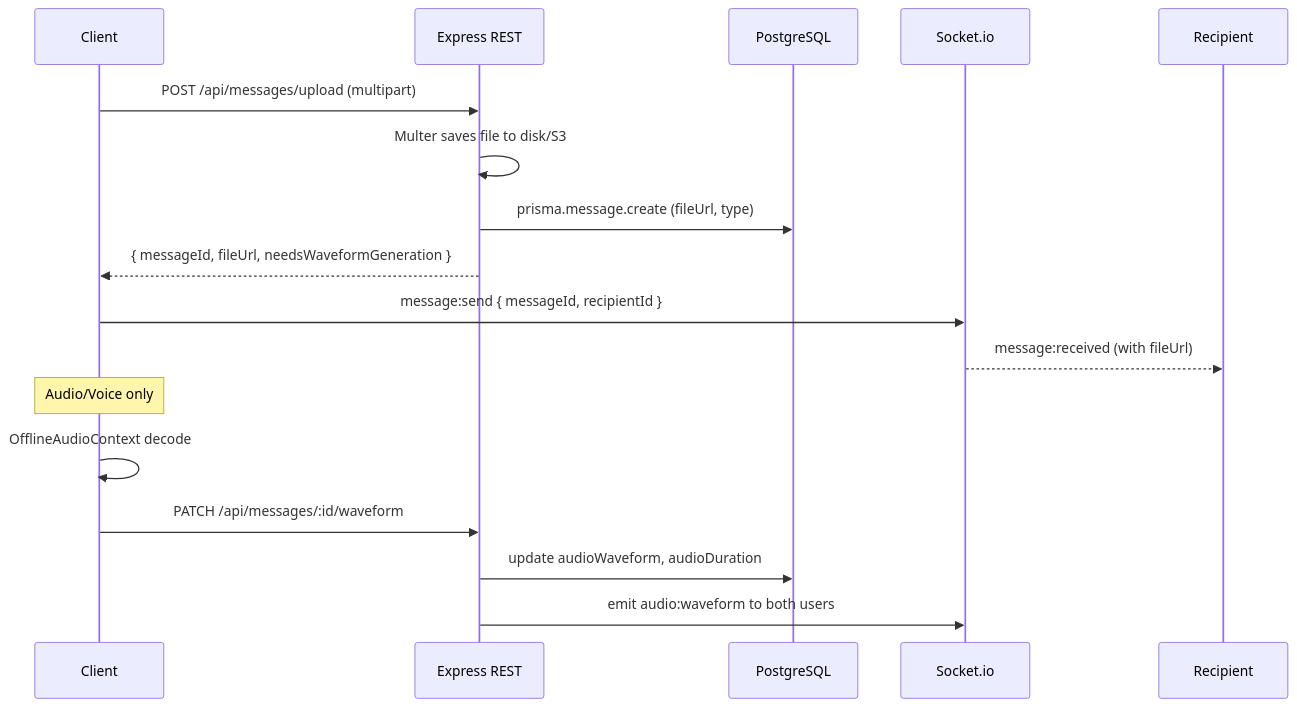
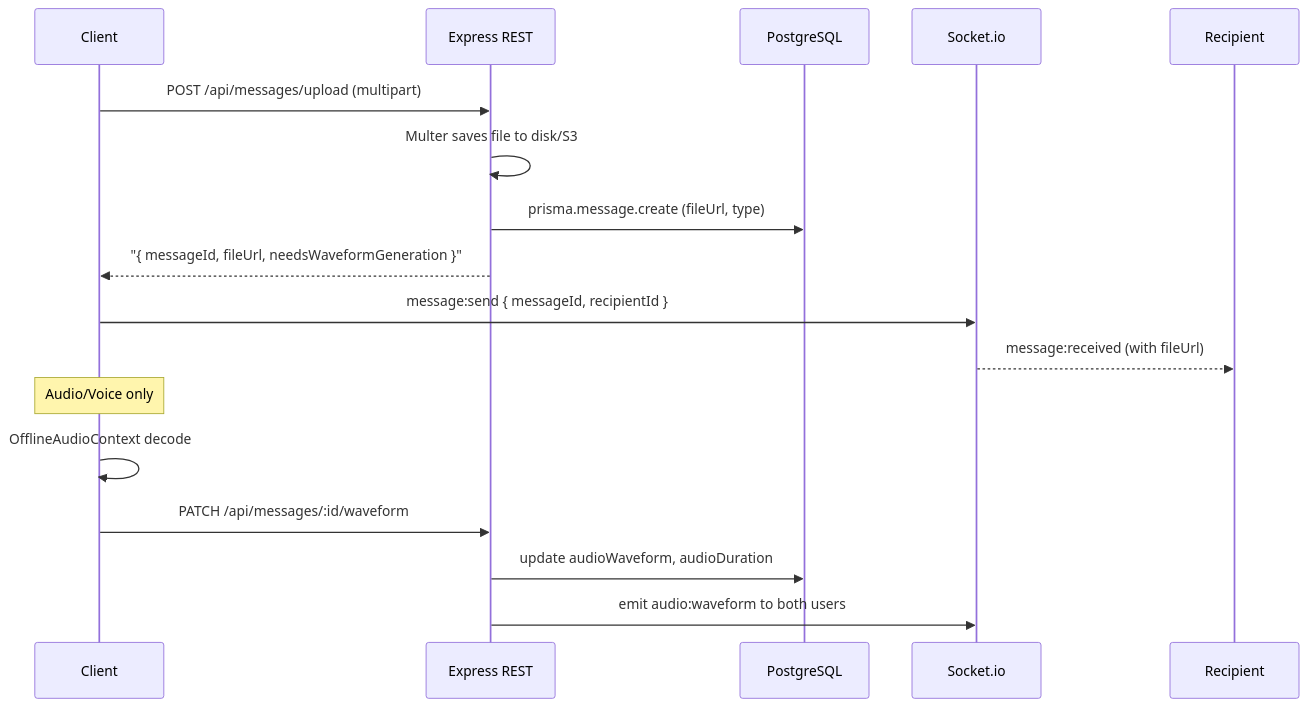
One commit to neofuture/chatr changed the fourth of 7 diagrams in Documentation/Architecture/index.md. Above: the diagram before and after it, drawn with Mermaid. The commit also changed other lines of this file and 6 other files, not shown here.

````diff
--- a/Documentation/Architecture/index.md
+++ b/Documentation/Architecture/index.md
@@ -142,20 +142,20 @@
 ```mermaid
 sequenceDiagram
     participant C as Client
     participant API as Express REST
     participant DB as PostgreSQL
     participant SV as Socket.io
     participant R as Recipient
 
     C->>API: POST /api/messages/upload (multipart)
     API->>API: Multer saves file to disk/S3
     API->>DB: prisma.message.create (fileUrl, type)
-    API-->>C: { messageId, fileUrl, needsWaveformGeneration }
+    API-->>C: "{ messageId, fileUrl, needsWaveformGeneration }"
     C->>SV: message:send { messageId, recipientId }
     SV-->>R: message:received (with fileUrl)
     Note over C: Audio/Voice only
     C->>C: OfflineAudioContext decode
     C->>API: PATCH /api/messages/:id/waveform
     API->>DB: update audioWaveform, audioDuration
     API->>SV: emit audio:waveform to both users
 ```
````
